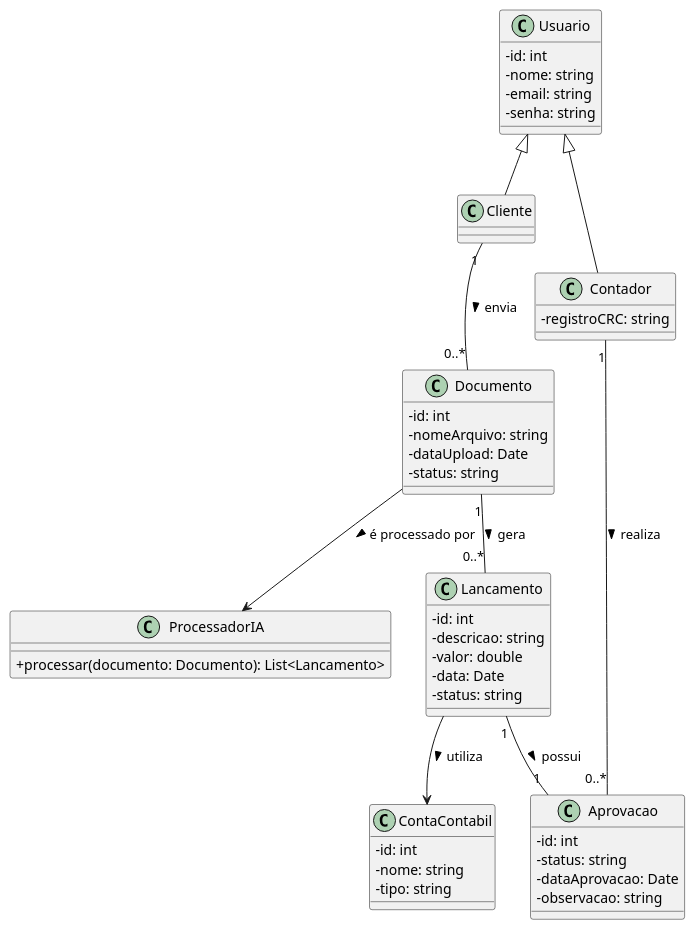
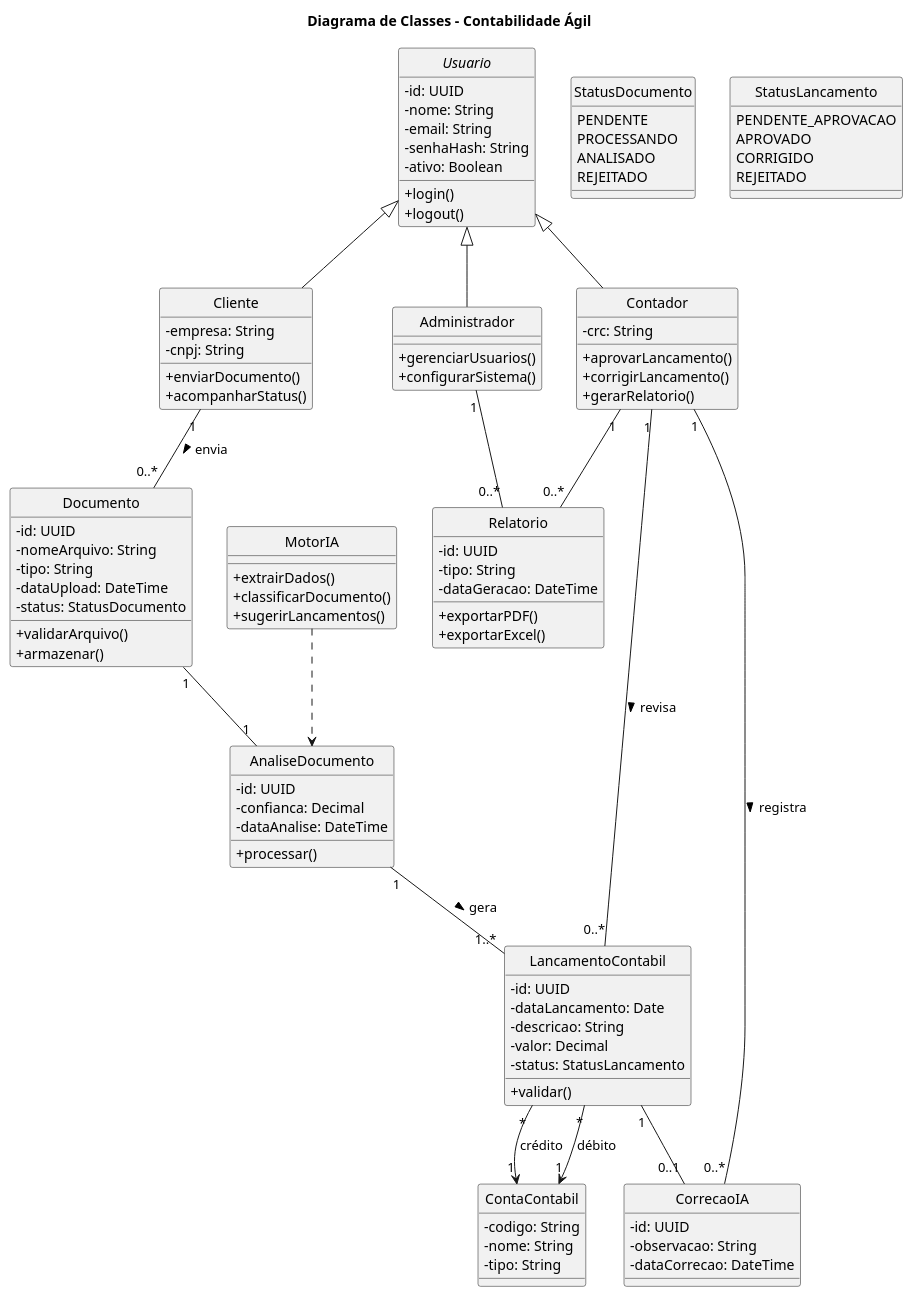
One commit to Engenharia-de-Software-Fatec/eng-softII-2026 changed the diagram in docs/diagramas/diagrama-classe.puml. Above: the diagram before and after it, drawn with PlantUML.

Commit message:
Atualizar o diagrama-classe.puml

```diff
--- a/docs/diagramas/diagrama-classe.puml
+++ b/docs/diagramas/diagrama-classe.puml
@@ -1,70 +1,148 @@
 @startuml
+title Diagrama de Classes - Contabilidade Ágil
+
 skinparam classAttributeIconSize 0
+skinparam style strictuml
+skinparam monochrome false
 
-' ======= USUÁRIOS =======
-class Usuario {
-  -id: int
-  -nome: string
-  -email: string
-  -senha: string
+' =========================
+' CLASSES PRINCIPAIS
+' =========================
+
+abstract class Usuario {
+  - id: UUID
+  - nome: String
+  - email: String
+  - senhaHash: String
+  - ativo: Boolean
+  + login()
+  + logout()
 }
 
 class Cliente {
+  - empresa: String
+  - cnpj: String
+  + enviarDocumento()
+  + acompanharStatus()
 }
 
 class Contador {
-  -registroCRC: string
+  - crc: String
+  + aprovarLancamento()
+  + corrigirLancamento()
+  + gerarRelatorio()
+}
+
+class Administrador {
+  + gerenciarUsuarios()
+  + configurarSistema()
 }
 
 Usuario <|-- Cliente
 Usuario <|-- Contador
+Usuario <|-- Administrador
 
-' ======= DOCUMENTOS =======
+' =========================
+' DOCUMENTOS
+' =========================
+
 class Documento {
-  -id: int
-  -nomeArquivo: string
-  -dataUpload: Date
-  -status: string
+  - id: UUID
+  - nomeArquivo: String
+  - tipo: String
+  - dataUpload: DateTime
+  - status: StatusDocumento
+  + validarArquivo()
+  + armazenar()
+}
+
+enum StatusDocumento {
+  PENDENTE
+  PROCESSANDO
+  ANALISADO
+  REJEITADO
 }
 
 Cliente "1" -- "0..*" Documento : envia >
 
-' ======= IA =======
-class ProcessadorIA {
-  +processar(documento: Documento): List<Lancamento>
+' =========================
+' IA / PROCESSAMENTO
+' =========================
+
+class MotorIA {
+  + extrairDados()
+  + classificarDocumento()
+  + sugerirLancamentos()
 }
 
-Documento --> ProcessadorIA : é processado por >
-
-' ======= LANÇAMENTOS =======
-class Lancamento {
-  -id: int
-  -descricao: string
-  -valor: double
-  -data: Date
-  -status: string
+class AnaliseDocumento {
+  - id: UUID
+  - confianca: Decimal
+  - dataAnalise: DateTime
+  + processar()
 }
 
-Documento "1" -- "0..*" Lancamento : gera >
+Documento "1" -- "1" AnaliseDocumento
+MotorIA ..> AnaliseDocumento
 
-' ======= CONTAS CONTÁBEIS =======
-class ContaContabil {
-  -id: int
-  -nome: string
-  -tipo: string
+' =========================
+' LANÇAMENTOS CONTÁBEIS
+' =========================
+
+class LancamentoContabil {
+  - id: UUID
+  - dataLancamento: Date
+  - descricao: String
+  - valor: Decimal
+  - status: StatusLancamento
+  + validar()
 }
 
-Lancamento --> ContaContabil : utiliza >
-
-' ======= APROVAÇÃO =======
-class Aprovacao {
-  -id: int
-  -status: string
-  -dataAprovacao: Date
-  -observacao: string
+enum StatusLancamento {
+  PENDENTE_APROVACAO
+  APROVADO
+  CORRIGIDO
+  REJEITADO
 }
 
-Contador "1" -- "0..*" Aprovacao : realiza >
-Lancamento "1" -- "1" Aprovacao : possui >
+class ContaContabil {
+  - codigo: String
+  - nome: String
+  - tipo: String
+}
+
+AnaliseDocumento "1" -- "1..*" LancamentoContabil : gera >
+LancamentoContabil "*" --> "1" ContaContabil : débito
+LancamentoContabil "*" --> "1" ContaContabil : crédito
+
+Contador "1" -- "0..*" LancamentoContabil : revisa >
+
+' =========================
+' FEEDBACK / APRENDIZADO
+' =========================
+
+class CorrecaoIA {
+  - id: UUID
+  - observacao: String
+  - dataCorrecao: DateTime
+}
+
+LancamentoContabil "1" -- "0..1" CorrecaoIA
+Contador "1" -- "0..*" CorrecaoIA : registra >
+
+' =========================
+' RELATÓRIOS
+' =========================
+
+class Relatorio {
+  - id: UUID
+  - tipo: String
+  - dataGeracao: DateTime
+  + exportarPDF()
+  + exportarExcel()
+}
+
+Contador "1" -- "0..*" Relatorio
+Administrador "1" -- "0..*" Relatorio
 
 @enduml
```
